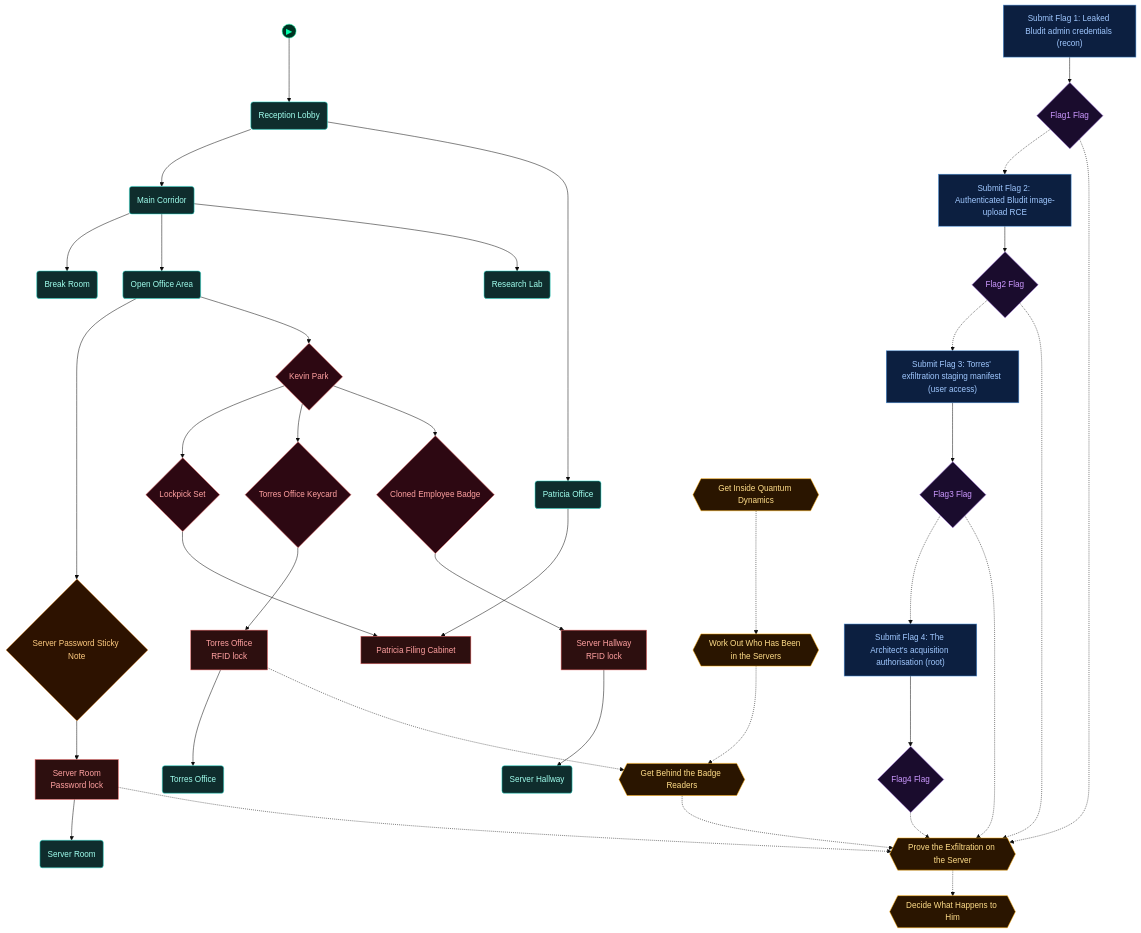
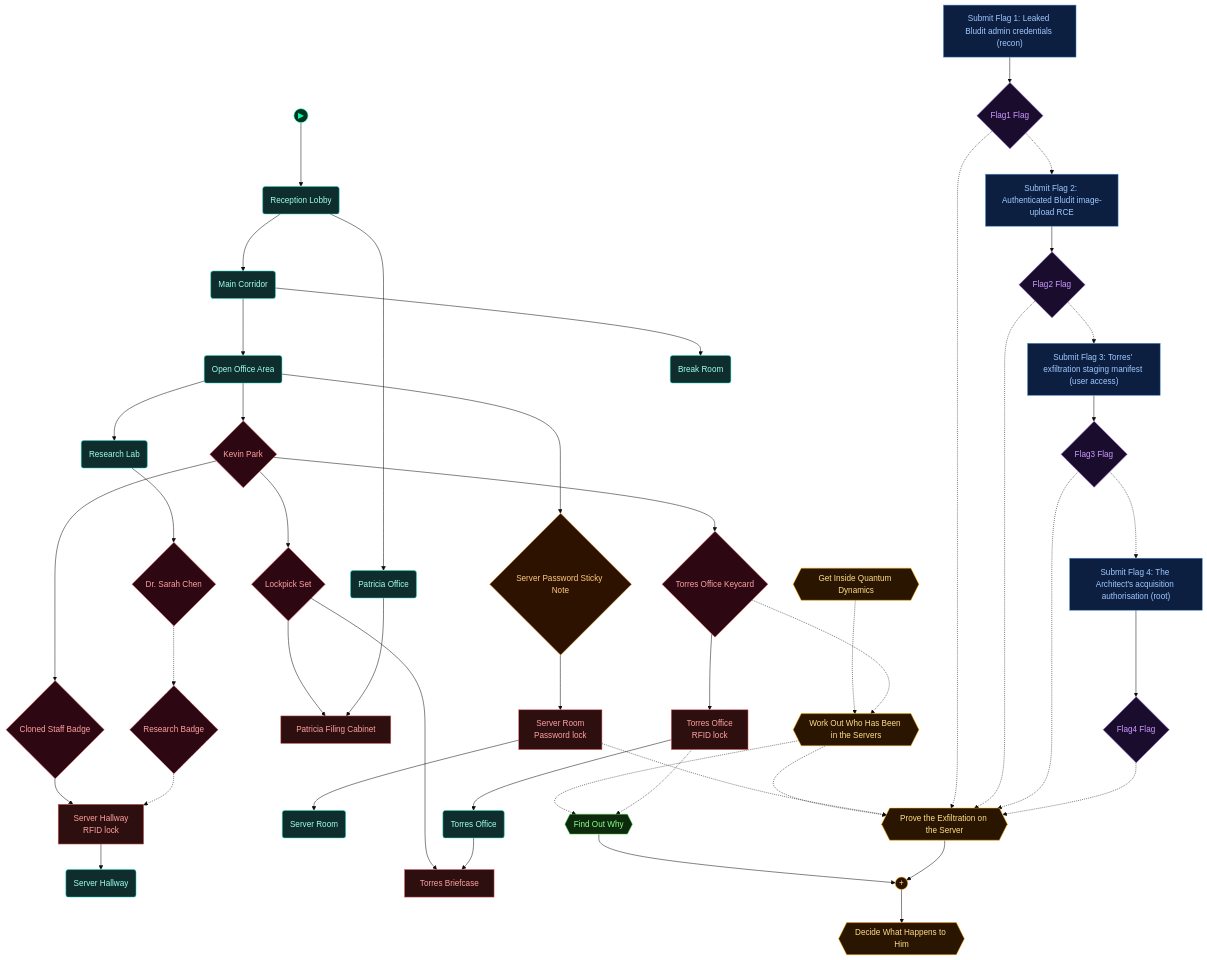
One commit to cliffe/BreakEscape changed the third of 5 diagrams in scenarios/m05_insider_trading/dungeon_graph.md. Above: the diagram before and after it, drawn with Mermaid (base theme). The commit also changed other lines of this file and 24 other files, not shown here.

````diff
--- a/scenarios/m05_insider_trading/dungeon_graph.md
+++ b/scenarios/m05_insider_trading/dungeon_graph.md
@@ -202,9 +217,13 @@
   server_password_sticky_note{"Server Password Sticky Note"}
   npc_kevin_park{"Kevin Park"}
   lockpick_set{"Lockpick Set"}
+  lock_torres_briefcase["Torres Briefcase"]
   lock_patricia_filing_cabinet["Patricia Filing Cabinet"]
   torres_office_keycard{"Torres Office Keycard"}
-  cloned_employee_badge{"Cloned Employee Badge"}
+  cloned_staff_badge{"Cloned Staff Badge"}
+  npc_dr_sarah_chen{"Dr. Sarah Chen"}
+  research_lab("Research Lab")
+  research_badge{"Research Badge"}
   vmch_submit_flag1["Submit Flag 1: Leaked Bludit admin credentials (recon)"]
   vmfl_submit_flag1{"Flag1 Flag"}
   vmch_submit_flag2["Submit Flag 2: Authenticated Bludit image-upload RCE"]
@@ -217,12 +236,12 @@
   main_corridor("Main Corridor")
   patricia_office("Patricia Office")
   break_room("Break Room")
-  research_lab("Research Lab")
   aim_establish_access{{"Get Inside Quantum Dynamics"}}
   aim_investigate_employees{{"Work Out Who Has Been in the Servers"}}
-  aim_gather_evidence{{"Get Behind the Badge Readers"}}
+  aim_gather_evidence{{"Find Out Why"}}
   aim_exploit_infrastructure{{"Prove the Exfiltration on the Server"}}
   aim_confront_insider{{"Decide What Happens to Him"}}
+  aim_andgate_confront_insider((" + "))
 
   door_server_hallway --> server_hallway
   door_server_room --> server_room
@@ -231,11 +250,16 @@
   server_password_sticky_note --> door_server_room
   open_office_area --> npc_kevin_park
   npc_kevin_park --> lockpick_set
+  lockpick_set --> lock_torres_briefcase
   lockpick_set --> lock_patricia_filing_cabinet
   npc_kevin_park --> torres_office_keycard
   torres_office_keycard --> door_torres_office
-  npc_kevin_park --> cloned_employee_badge
-  cloned_employee_badge --> door_server_hallway
+  npc_kevin_park --> cloned_staff_badge
+  cloned_staff_badge --> door_server_hallway
+  torres_office --> lock_torres_briefcase
+  research_lab --> npc_dr_sarah_chen
+  npc_dr_sarah_chen -.-> research_badge
+  research_badge -.-> door_server_hallway
   patricia_office --> lock_patricia_filing_cabinet
   vmch_submit_flag1 --> vmfl_submit_flag1
   vmch_submit_flag2 --> vmfl_submit_flag2
@@ -248,11 +272,14 @@
   reception_lobby --> patricia_office
   main_corridor --> break_room
   main_corridor --> open_office_area
-  main_corridor --> research_lab
+  open_office_area --> research_lab
   aim_establish_access -.-> aim_investigate_employees
   aim_investigate_employees -.-> aim_gather_evidence
-  aim_gather_evidence -.-> aim_exploit_infrastructure
-  aim_exploit_infrastructure -.-> aim_confront_insider
+  aim_investigate_employees -.-> aim_exploit_infrastructure
+  aim_gather_evidence --> aim_andgate_confront_insider
+  aim_exploit_infrastructure --> aim_andgate_confront_insider
+  aim_andgate_confront_insider --> aim_confront_insider
+  torres_office_keycard -.-> aim_investigate_employees
   door_torres_office -.-> aim_gather_evidence
   door_server_room -.-> aim_exploit_infrastructure
   vmfl_submit_flag1 -.-> aim_exploit_infrastructure
@@ -260,12 +287,16 @@
   vmfl_submit_flag3 -.-> aim_exploit_infrastructure
   vmfl_submit_flag4 -.-> aim_exploit_infrastructure
 
-  class door_server_hallway,door_server_room,door_torres_office,lock_patricia_filing_cabinet lock
-  class server_hallway,server_room,torres_office,open_office_area,reception_lobby,main_corridor,patricia_office,break_room,research_lab room
+  class door_server_hallway,door_server_room,door_torres_office,lock_torres_briefcase,lock_patricia_filing_cabinet lock
+  class server_hallway,server_room,torres_office,open_office_area,research_lab,reception_lobby,main_corridor,patricia_office,break_room room
   class server_password_sticky_note item
-  class npc_kevin_park,lockpick_set,torres_office_keycard,cloned_employee_badge key
+  class npc_kevin_park,lockpick_set,torres_office_keycard,cloned_staff_badge,npc_dr_sarah_chen,research_badge key
   class vmch_submit_flag1,vmch_submit_flag2,vmch_submit_flag3,vmch_submit_flag4 vm
   class vmfl_submit_flag1,vmfl_submit_flag2,vmfl_submit_flag3,vmfl_submit_flag4 flag
-  class aim_establish_access,aim_investigate_employees,aim_gather_evidence,aim_exploit_infrastructure,aim_confront_insider critical
+  class aim_establish_access,aim_investigate_employees,aim_exploit_infrastructure,aim_confront_insider,aim_andgate_confront_insider critical
+  class aim_gather_evidence aim
+
+  classDef optional stroke-dasharray:5 2
+  class research_badge optional
   class node_start start
 ```
````
